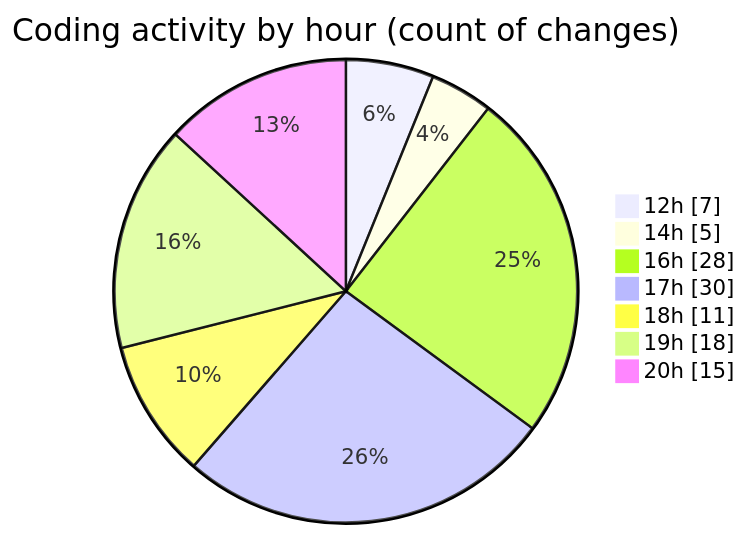
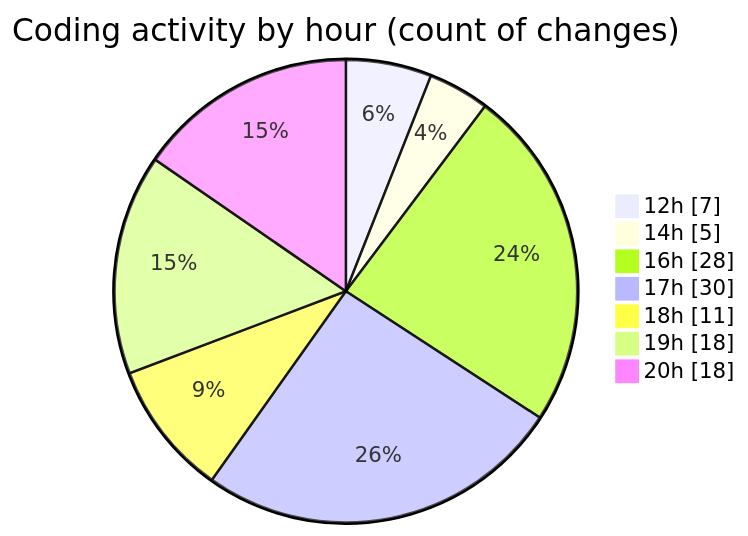
The second of 2 diagrams in 2025-10-06/eventscop-frontend-guide__workspace_/README.md (julien-gomy/code-tracking), drawn with Mermaid before and after one commit. The commit also changed other lines of this file and 1 other file, not shown here.

````diff
--- a/2025-10-06/eventscop-frontend-guide__workspace_/README.md
+++ b/2025-10-06/eventscop-frontend-guide__workspace_/README.md
@@ -64,11 +65,11 @@
 ```mermaid
 pie showData
 title Coding activity by hour (count of changes)
 "12h" : 7
 "14h" : 5
 "16h" : 28
 "17h" : 30
 "18h" : 11
 "19h" : 18
-"20h" : 15
+"20h" : 18
 ```
````
